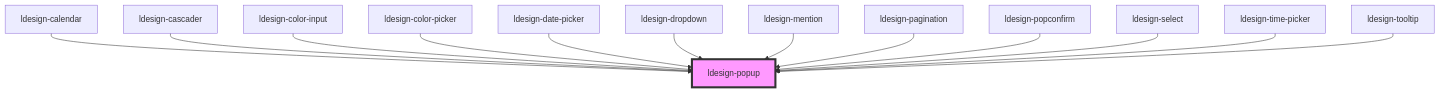
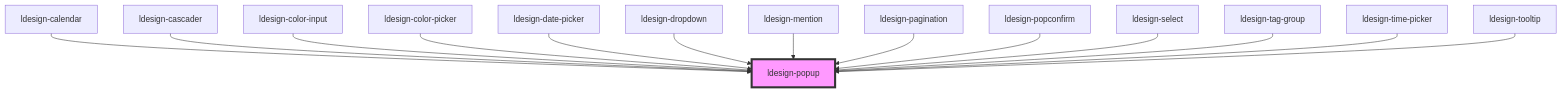
The diagram in packages/webcomponent/src/components/popup/readme.md (poly1603/ldesign), drawn with Mermaid before and after one commit. The commit also changed other lines of this file and 33 other files, not shown here.

````diff
--- a/packages/webcomponent/src/components/popup/readme.md
+++ b/packages/webcomponent/src/components/popup/readme.md
@@ -112,16 +113,17 @@
 ```mermaid
 graph TD;
   ldesign-calendar --> ldesign-popup
   ldesign-cascader --> ldesign-popup
   ldesign-color-input --> ldesign-popup
   ldesign-color-picker --> ldesign-popup
   ldesign-date-picker --> ldesign-popup
   ldesign-dropdown --> ldesign-popup
   ldesign-mention --> ldesign-popup
   ldesign-pagination --> ldesign-popup
   ldesign-popconfirm --> ldesign-popup
   ldesign-select --> ldesign-popup
+  ldesign-tag-group --> ldesign-popup
   ldesign-time-picker --> ldesign-popup
   ldesign-tooltip --> ldesign-popup
   style ldesign-popup fill:#f9f,stroke:#333,stroke-width:4px
 ```
````
